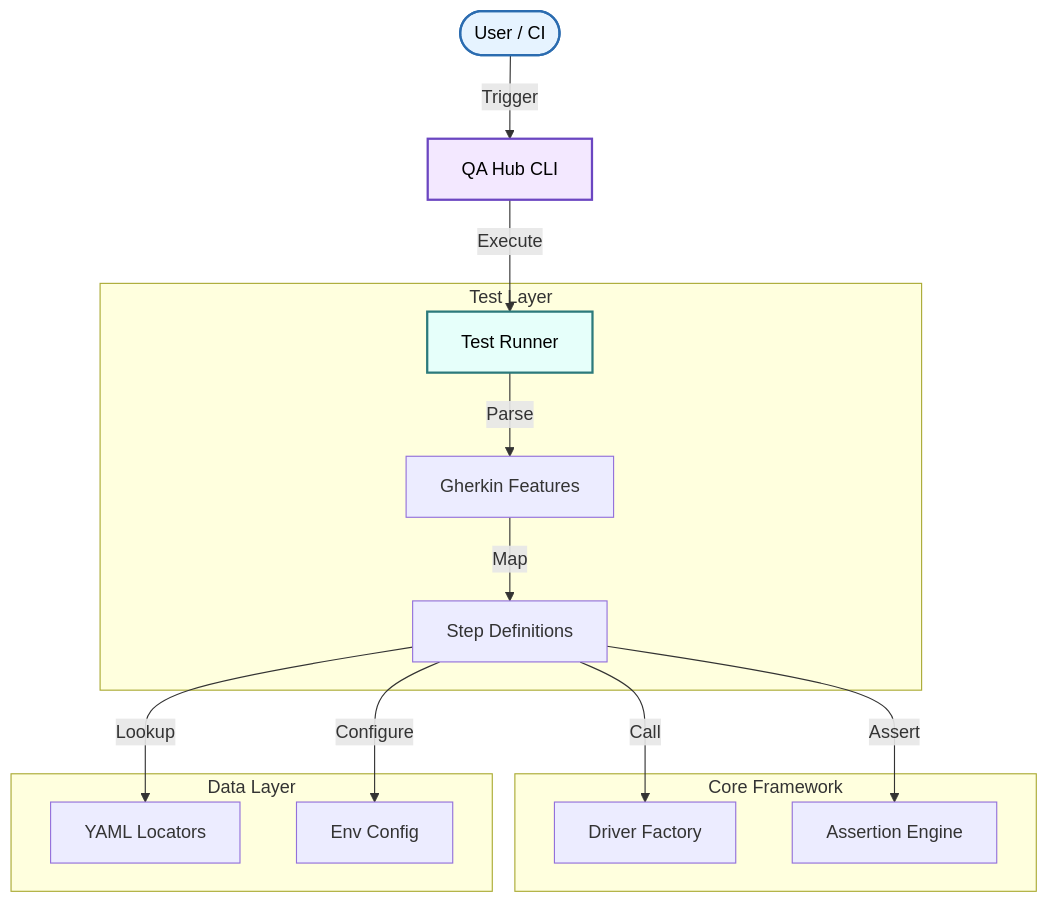
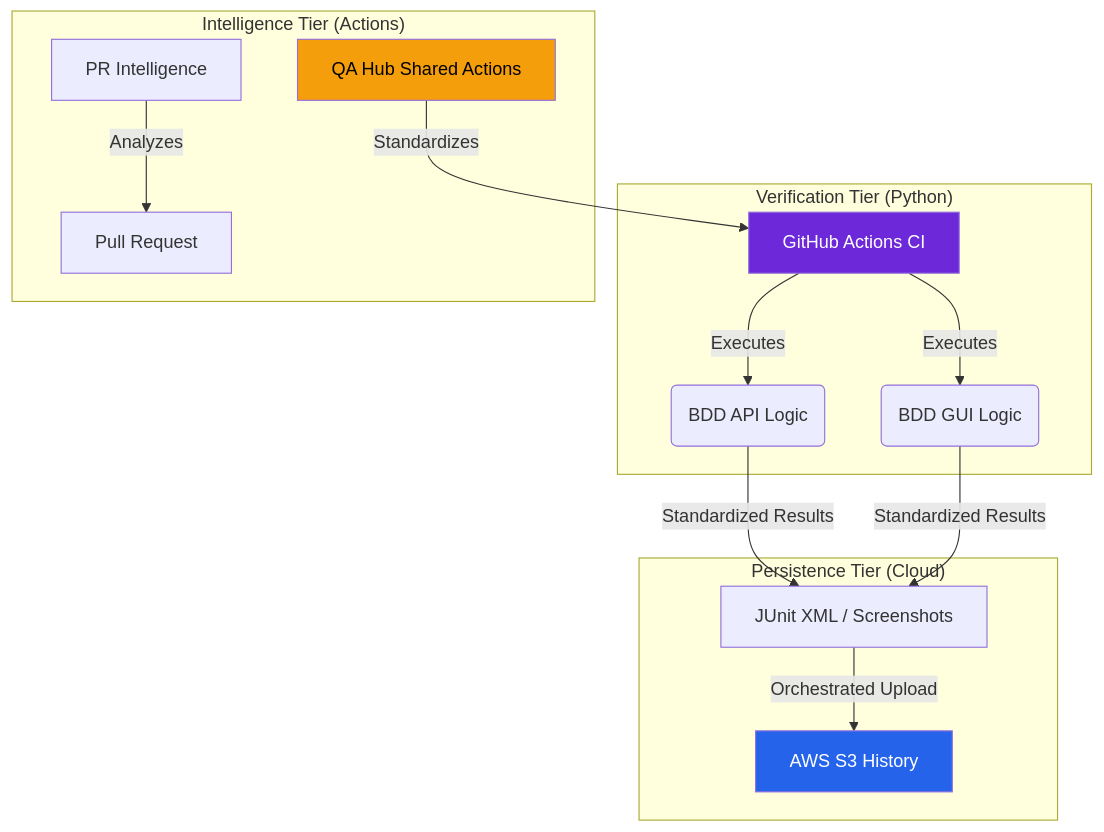
The diagram in README.md (carlos-camara/qa-hub-framework-example), drawn with Mermaid before and after one commit. The commit also changed other lines of this file and 5 other files, not shown here.

````diff
--- a/README.md
+++ b/README.md
@@ -51,24 +43,21 @@
 ```mermaid
 graph TD
-    User([User / CI]) -->|Trigger| CLI[QA Hub CLI]
-    CLI -->|Execute| Runner[Test Runner]
-    
-    subgraph Test Layer
-        Runner -->|Parse| Features[Gherkin Features]
-        Features -->|Map| Steps[Step Definitions]
+    subgraph "Verification Tier (Python)"
+        A["GitHub Actions CI"] -->|Executes| B("BDD API Logic")
+        A -->|Executes| C("BDD GUI Logic")
+    end
+
+    subgraph "Intelligence Tier (Actions)"
+        D["QA Hub Shared Actions"] -->|Standardizes| A
+        E["PR Intelligence"] -->|Analyzes| PR["Pull Request"]
+    end
+
+    subgraph "Persistence Tier (Cloud)"
+        B & C -->|Standardized Results| F["JUnit XML / Screenshots"]
+        F -->|Orchestrated Upload| S3["AWS S3 History"]
     end
     
-    subgraph Core Framework
-        Steps -->|Call| Driver[Driver Factory]
-        Steps -->|Assert| Validators[Assertion Engine]
-    end
-    
-    subgraph Data Layer
-        Steps -->|Lookup| YAML[YAML Locators]
-        Steps -->|Configure| Config[Env Config]
-    end
-    
-    style User fill:#e6f3ff,stroke:#2b6cb0,stroke-width:2px,color:#000
-    style CLI fill:#f3e8ff,stroke:#6b46c1,stroke-width:2px,color:#000
-    style Runner fill:#e6fffa,stroke:#2c7a7b,stroke-width:2px,color:#000
+    style A fill:#6d28d9,color:#fff
+    style D fill:#f59e0b,color:#000
+    style S3 fill:#2563eb,color:#fff
 ```
````
